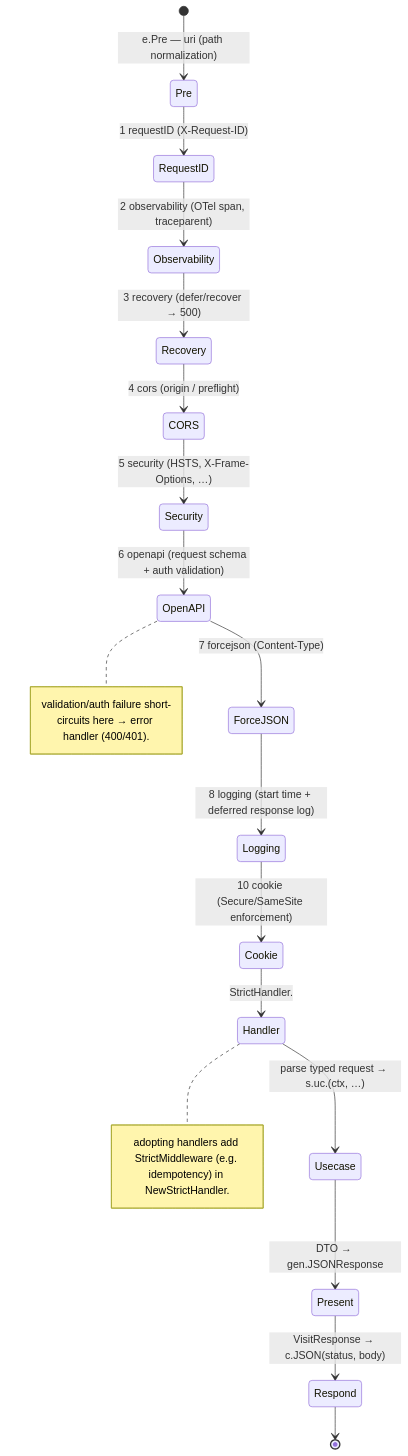
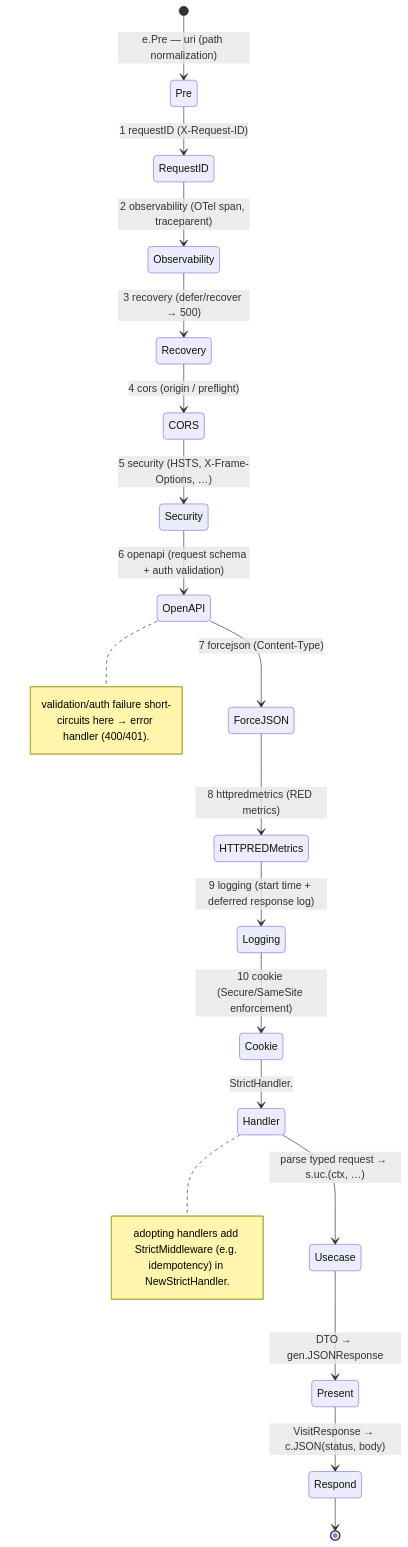
The second of 6 diagrams in docs/design/rest.md (Tomy-ch/go-boilerplate), drawn with Mermaid before and after one commit. The commit also changed other lines of this file and 41 other files, not shown here.

````diff
--- a/docs/design/rest.md
+++ b/docs/design/rest.md
@@ -58,25 +58,26 @@
 ```mermaid
 stateDiagram-v2
     [*] --> Pre: e.Pre — uri (path normalization)
     Pre --> RequestID: 1 requestID (X-Request-ID)
     RequestID --> Observability: 2 observability (OTel span, traceparent)
     Observability --> Recovery: 3 recovery (defer/recover → 500)
     Recovery --> CORS: 4 cors (origin / preflight)
     CORS --> Security: 5 security (HSTS, X-Frame-Options, …)
     Security --> OpenAPI: 6 openapi (request schema + auth validation)
     OpenAPI --> ForceJSON: 7 forcejson (Content-Type)
-    ForceJSON --> Logging: 8 logging (start time + deferred response log)
+    ForceJSON --> HTTPREDMetrics: 8 httpredmetrics (RED metrics)
+    HTTPREDMetrics --> Logging: 9 logging (start time + deferred response log)
     Logging --> Cookie: 10 cookie (Secure/SameSite enforcement)
     Cookie --> Handler: StrictHandler.<Op>
     Handler --> Usecase: parse typed request → s.uc.<Method>(ctx, …)
     Usecase --> Present: DTO → gen.<Op><Status>JSONResponse
     Present --> Respond: VisitResponse → c.JSON(status, body)
     Respond --> [*]
 
     note right of OpenAPI
       validation/auth failure short-circuits here → error handler (400/401).
     end note
     note right of Handler
       adopting handlers add StrictMiddleware (e.g. idempotency) in NewStrictHandler.
     end note
 ```
````
